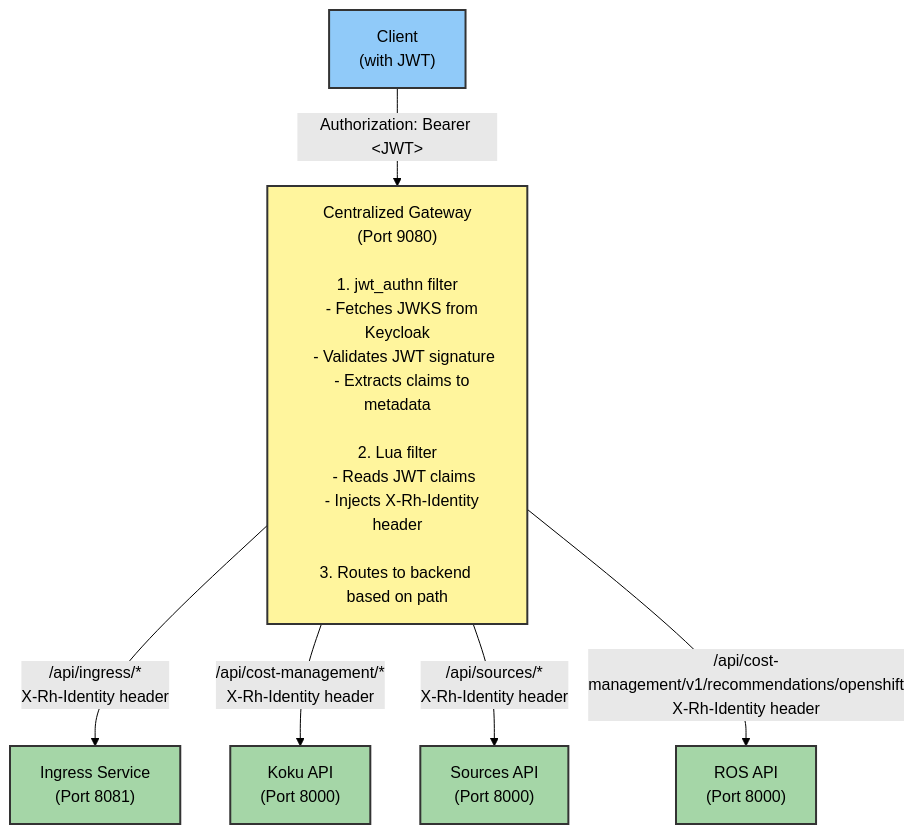
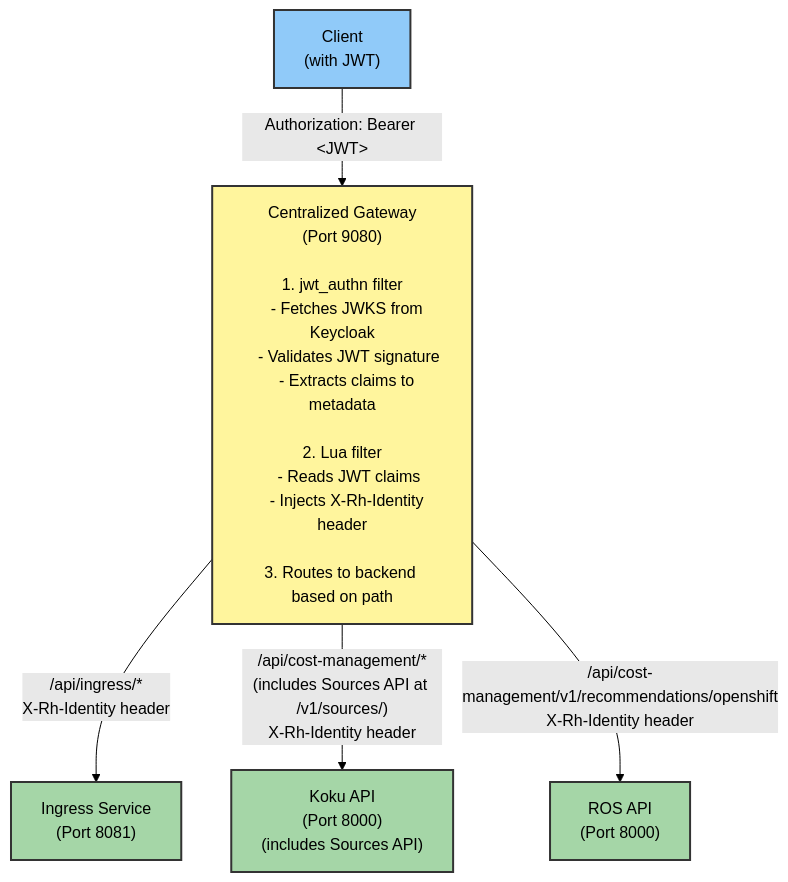
Before and after one commit to jordigilh/ros-helm-chart: the diagram in docs/native-jwt-authentication.md, drawn with Mermaid (forest theme). The commit also changed other lines of this file and 13 other files, not shown here.

First line of the commit message:
Remove sources-api references after Koku integration

````diff
--- a/docs/native-jwt-authentication.md
+++ b/docs/native-jwt-authentication.md
@@ -13,22 +13,19 @@
 ```mermaid
 graph TB
     Client["Client<br/>(with JWT)"]
     Gateway["Centralized Gateway<br/>(Port 9080)<br/><br/>1. jwt_authn filter<br/>   - Fetches JWKS from Keycloak<br/>   - Validates JWT signature<br/>   - Extracts claims to metadata<br/><br/>2. Lua filter<br/>   - Reads JWT claims<br/>   - Injects X-Rh-Identity header<br/><br/>3. Routes to backend based on path"]
     Ingress["Ingress Service<br/>(Port 8081)"]
-    Koku["Koku API<br/>(Port 8000)"]
-    Sources["Sources API<br/>(Port 8000)"]
+    Koku["Koku API<br/>(Port 8000)<br/>(includes Sources API)"]
     RosApi["ROS API<br/>(Port 8000)"]
 
     Client -->|"Authorization: Bearer &lt;JWT&gt;"| Gateway
     Gateway -->|"/api/ingress/*<br/>X-Rh-Identity header"| Ingress
-    Gateway -->|"/api/cost-management/*<br/>X-Rh-Identity header"| Koku
-    Gateway -->|"/api/sources/*<br/>X-Rh-Identity header"| Sources
+    Gateway -->|"/api/cost-management/*<br/>(includes Sources API at /v1/sources/)<br/>X-Rh-Identity header"| Koku
     Gateway -->|"/api/cost-management/v1/recommendations/openshift<br/>X-Rh-Identity header"| RosApi
 
     style Client fill:#90caf9,stroke:#333,stroke-width:2px,color:#000
     style Gateway fill:#fff59d,stroke:#333,stroke-width:2px,color:#000
     style Ingress fill:#a5d6a7,stroke:#333,stroke-width:2px,color:#000
     style Koku fill:#a5d6a7,stroke:#333,stroke-width:2px,color:#000
-    style Sources fill:#a5d6a7,stroke:#333,stroke-width:2px,color:#000
     style RosApi fill:#a5d6a7,stroke:#333,stroke-width:2px,color:#000
 ```
````
